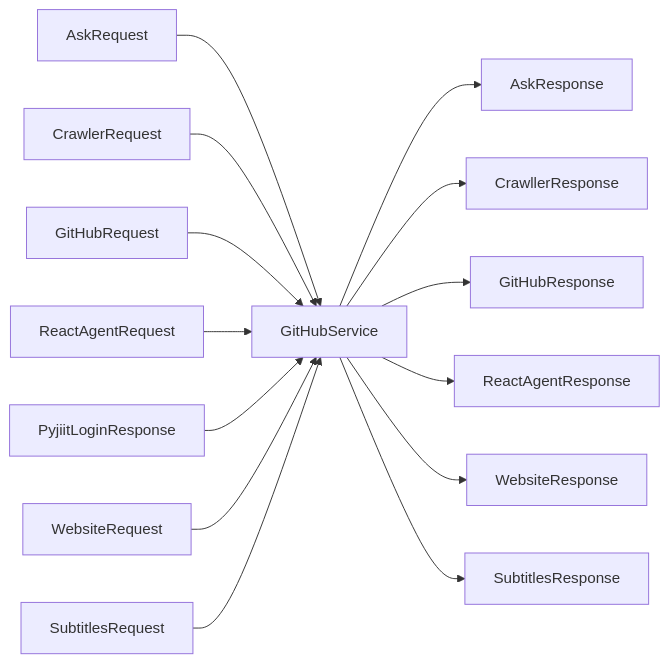
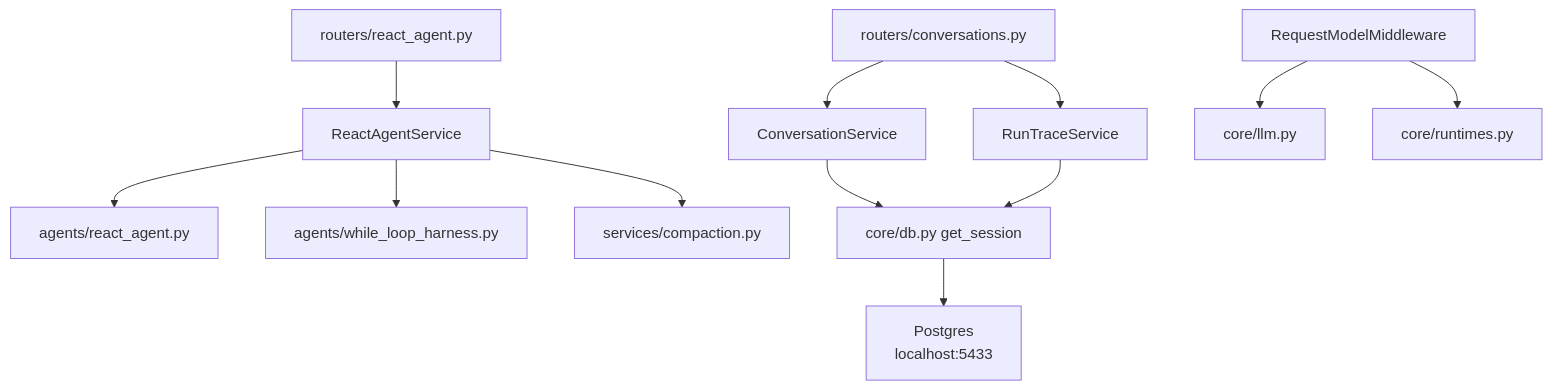
One commit to tashifkhan/tashif.codes changed the sixth of 6 diagrams in src/data/docs/agentic-browser/Data Models and Schemas/Service Integration Models.md. Above: the diagram before and after it, drawn with Mermaid. The commit also changed other lines of this file and 114 other files, not shown here.

````diff
--- a/src/data/docs/agentic-browser/Data Models and Schemas/Service Integration Models.md
+++ b/src/data/docs/agentic-browser/Data Models and Schemas/Service Integration Models.md
@@ -323,16 +226,14 @@
 ```mermaid
-graph LR
-R_Ask["AskRequest"] --> S_GitHub["GitHubService"]
-R_Crawl["CrawlerRequest"] --> S_GitHub
-R_GitHub["GitHubRequest"] --> S_GitHub
-R_React["ReactAgentRequest"] --> S_GitHub
-R_Pyjiit["PyjiitLoginResponse"] --> S_GitHub
-R_Website["WebsiteRequest"] --> S_GitHub
-R_Subtitles["SubtitlesRequest"] --> S_GitHub
-S_GitHub --> S_Ask["AskResponse"]
-S_GitHub --> S_Crawl["CrawllerResponse"]
-S_GitHub --> S_GitHubResp["GitHubResponse"]
-S_GitHub --> S_React["ReactAgentResponse"]
-S_GitHub --> S_Website["WebsiteResponse"]
-S_GitHub --> S_Subtitles["SubtitlesResponse"]
+graph TB
+  REACT["routers/react_agent.py"] --> RAS["ReactAgentService"]
+  RAS --> AG["agents/react_agent.py"]
+  RAS --> HAR["agents/while_loop_harness.py"]
+  RAS --> COMP["services/compaction.py"]
+  CONV["routers/conversations.py"] --> CS["ConversationService"]
+  CONV --> RT["RunTraceService"]
+  RM["RequestModelMiddleware"] --> LLM["core/llm.py"]
+  RM --> RUN["core/runtimes.py"]
+  CS --> DB["core/db.py get_session"]
+  RT --> DB
+  DB --> PG["Postgres<br/>localhost:5433"]
 ```
````
